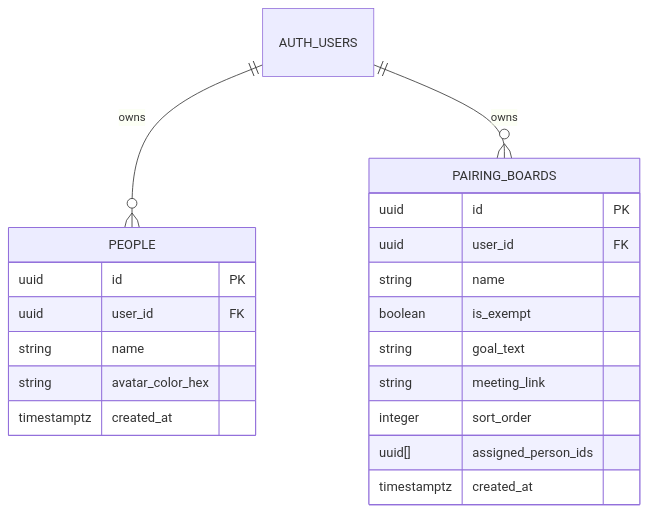
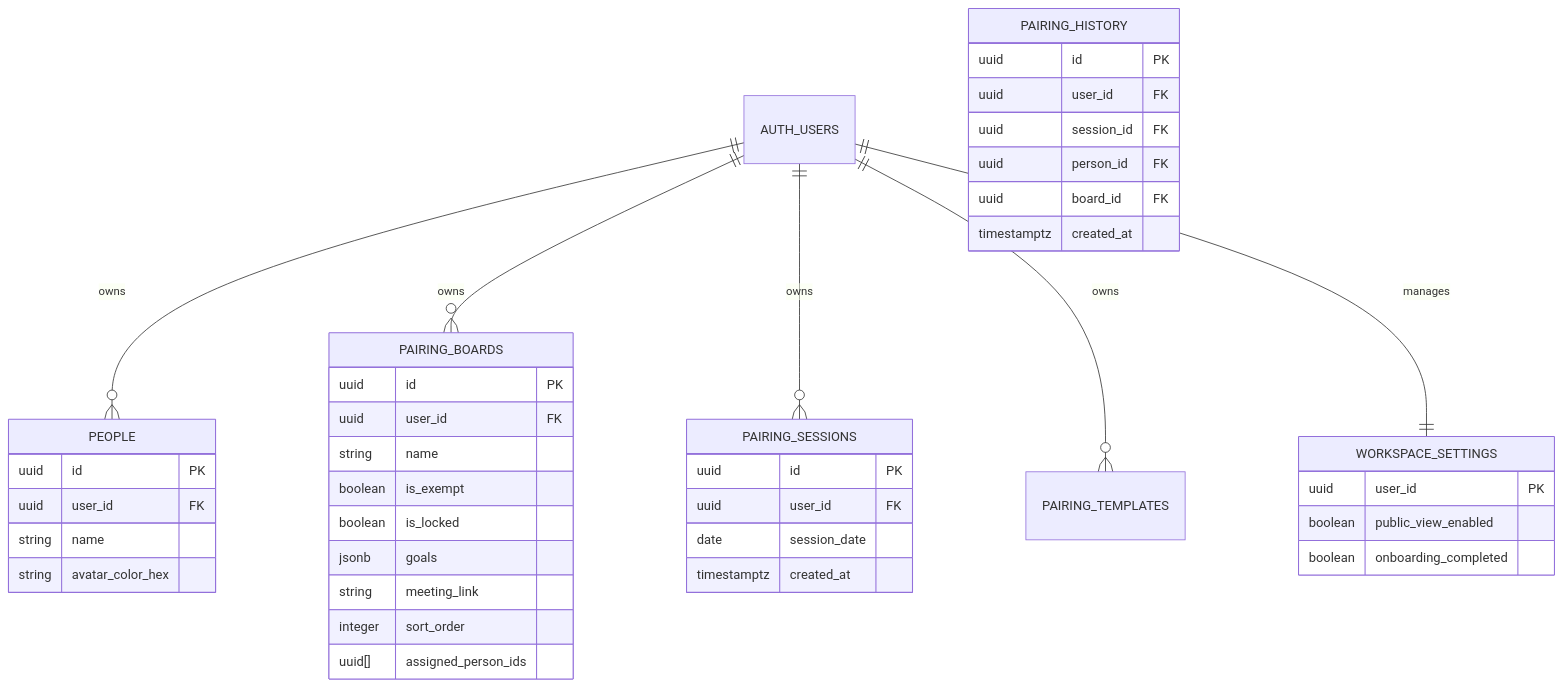
The first of 3 diagrams in docs/context/architecture.md (mketiku/parrit), drawn with Mermaid before and after one commit. The commit also changed other lines of this file and 14 other files, not shown here.

Commit message:
feat: implement pairing heatmap, history analytics, board templates, and robust unit/integration tests

````diff
--- a/docs/context/architecture.md
+++ b/docs/context/architecture.md
@@ -9,25 +9,49 @@
 ```mermaid
 erDiagram
     AUTH_USERS ||--o{ PEOPLE : "owns"
     AUTH_USERS ||--o{ PAIRING_BOARDS : "owns"
+    AUTH_USERS ||--o{ PAIRING_SESSIONS : "owns"
+    AUTH_USERS ||--o{ PAIRING_TEMPLATES : "owns"
+    AUTH_USERS ||--one WORKSPACE_SETTINGS : "manages"
 
     PEOPLE {
         uuid id PK
         uuid user_id FK
         string name
         string avatar_color_hex
-        timestamptz created_at
     }
 
     PAIRING_BOARDS {
         uuid id PK
         uuid user_id FK
         string name
         boolean is_exempt
-        string goal_text
+        boolean is_locked
+        jsonb goals
         string meeting_link
         integer sort_order
         uuid[] assigned_person_ids
+    }
+
+    PAIRING_SESSIONS {
+        uuid id PK
+        uuid user_id FK
+        date session_date
         timestamptz created_at
     }
+
+    PAIRING_HISTORY {
+        uuid id PK
+        uuid user_id FK
+        uuid session_id FK
+        uuid person_id FK
+        uuid board_id FK
+        timestamptz created_at
+    }
+
+    WORKSPACE_SETTINGS {
+        uuid user_id PK
+        boolean public_view_enabled
+        boolean onboarding_completed
+    }
 ```
````
